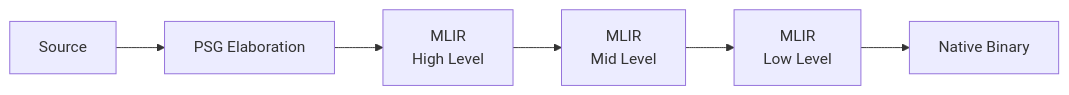
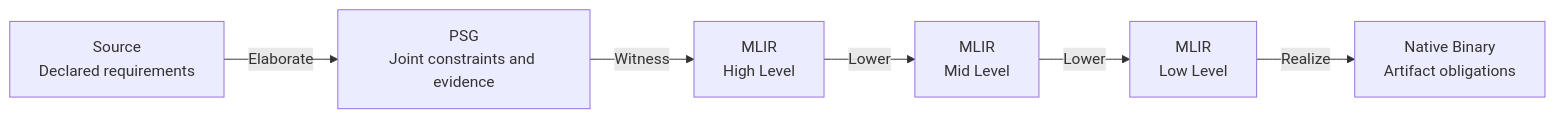
One commit to FidelityFramework/clef-lang-site changed the diagram in hugo/content/docs/design/categorical-foundations/the-compilation-sheaf.md. Above: the diagram before and after it, drawn with Mermaid. The commit also changed other lines of this file and 36 other files, not shown here.

````diff
--- a/hugo/content/docs/design/categorical-foundations/the-compilation-sheaf.md
+++ b/hugo/content/docs/design/categorical-foundations/the-compilation-sheaf.md
@@ -27,8 +23,8 @@
 ```mermaid
 graph LR
-    SRC["Source"] --> PSG["PSG Elaboration"]
-    PSG --> HI["MLIR<br>High Level"]
-    HI --> MID["MLIR<br>Mid Level"]
-    MID --> LO["MLIR<br>Low Level"]
-    LO --> NAT["Native Binary"]
+    SRC["Source<br>Declared requirements"] -->|Elaborate| PSG["PSG<br>Joint constraints and evidence"]
+    PSG -->|Witness| HI["MLIR<br>High Level"]
+    HI -->|Lower| MID["MLIR<br>Mid Level"]
+    MID -->|Lower| LO["MLIR<br>Low Level"]
+    LO -->|Realize| NAT["Native Binary<br>Artifact obligations"]
 ```
````
